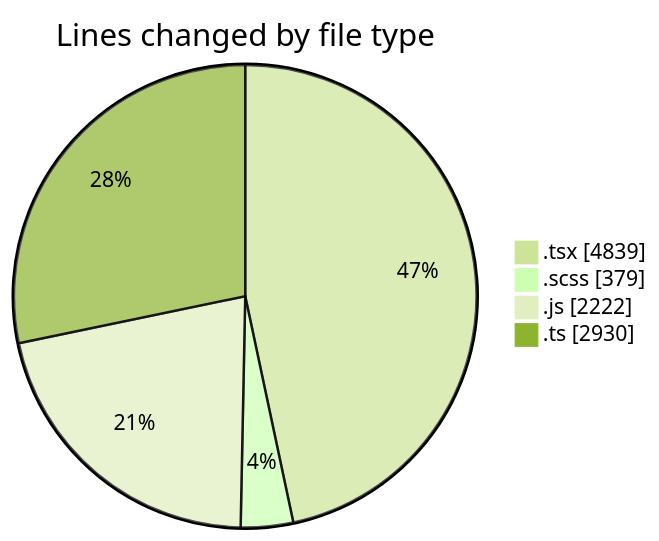
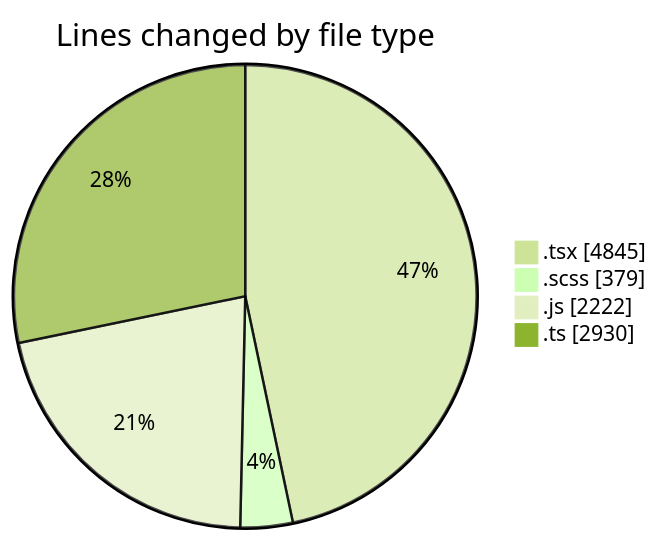
The first of 2 diagrams in 2026-06-17/cda/README.md (momahboobian/code-tracking), drawn with Mermaid (forest theme) before and after one commit. The commit also changed other lines of this file and 1 other file, not shown here.

````diff
--- a/2026-06-17/cda/README.md
+++ b/2026-06-17/cda/README.md
@@ -60,8 +60,8 @@
 ```mermaid
 pie showData
 title Lines changed by file type
-".tsx" : 4839
+".tsx" : 4845
 ".scss" : 379
 ".js" : 2222
 ".ts" : 2930
 ```
````
